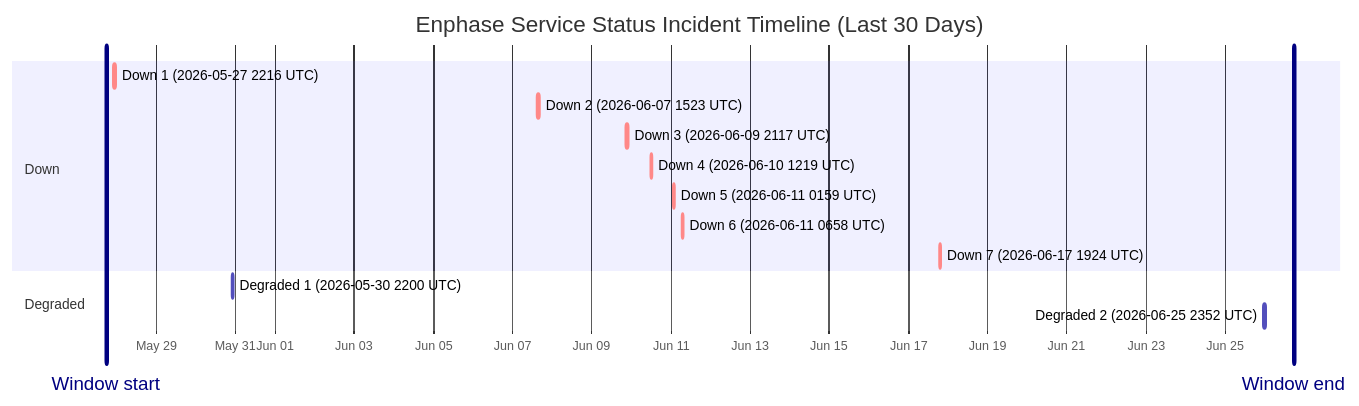
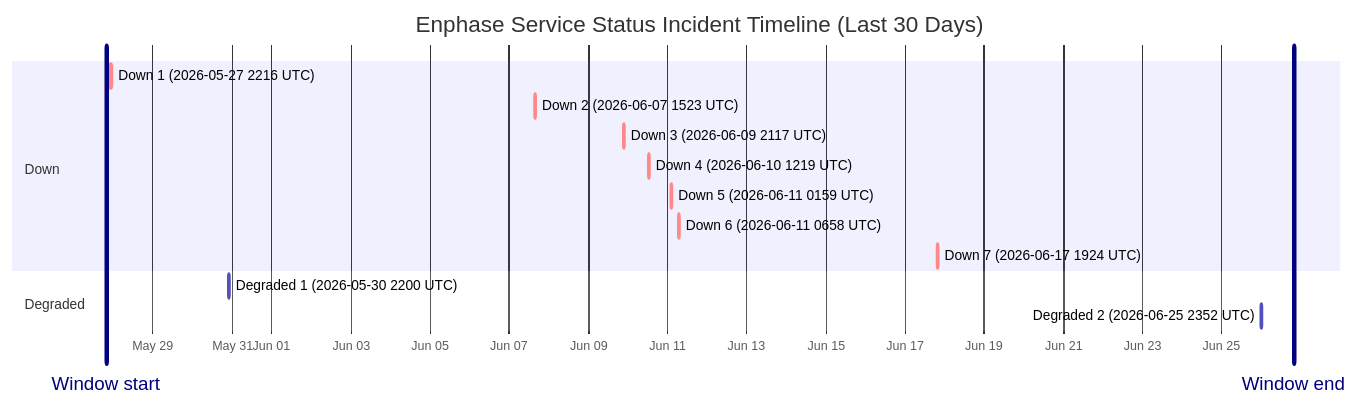
The diagram in wiki/Service-Status-History.md (barneyonline/ha-enphase-energy), drawn with Mermaid before and after one commit. The commit also changed other lines of this file and 3 other files, not shown here.

````diff
--- a/wiki/Service-Status-History.md
+++ b/wiki/Service-Status-History.md
@@ -14,19 +14,19 @@
 ```mermaid
 gantt
     title Enphase Service Status Incident Timeline (Last 30 Days)
     dateFormat  YYYY-MM-DDTHH:mm:ss
     axisFormat  %b %d
-    Window start :vert, window-start, 2026-05-27T17:46:23, 0ms
-    Window end :vert, window-end, 2026-06-26T17:46:23, 0ms
+    Window start :vert, window-start, 2026-05-27T19:44:56, 0ms
+    Window end :vert, window-end, 2026-06-26T19:44:56, 0ms
     section Down
     Down 1 (2026-05-27 2216 UTC) :crit, down-1, 2026-05-27T22:16:53, 87m
     Down 2 (2026-06-07 1523 UTC) :crit, down-2, 2026-06-07T15:23:22, 87m
     Down 3 (2026-06-09 2117 UTC) :crit, down-3, 2026-06-09T21:17:17, 60m
     Down 4 (2026-06-10 1219 UTC) :crit, down-4, 2026-06-10T12:19:21, 60m
     Down 5 (2026-06-11 0159 UTC) :crit, down-5, 2026-06-11T01:59:36, 60m
     Down 6 (2026-06-11 0658 UTC) :crit, down-6, 2026-06-11T06:58:45, 60m
     Down 7 (2026-06-17 1924 UTC) :crit, down-7, 2026-06-17T19:24:51, 60m
     section Degraded
     Degraded 1 (2026-05-30 2200 UTC) :active, degraded-1, 2026-05-30T22:00:37, 60m
     Degraded 2 (2026-06-25 2352 UTC) :active, degraded-2, 2026-06-25T23:52:01, 60m
 ```
````
